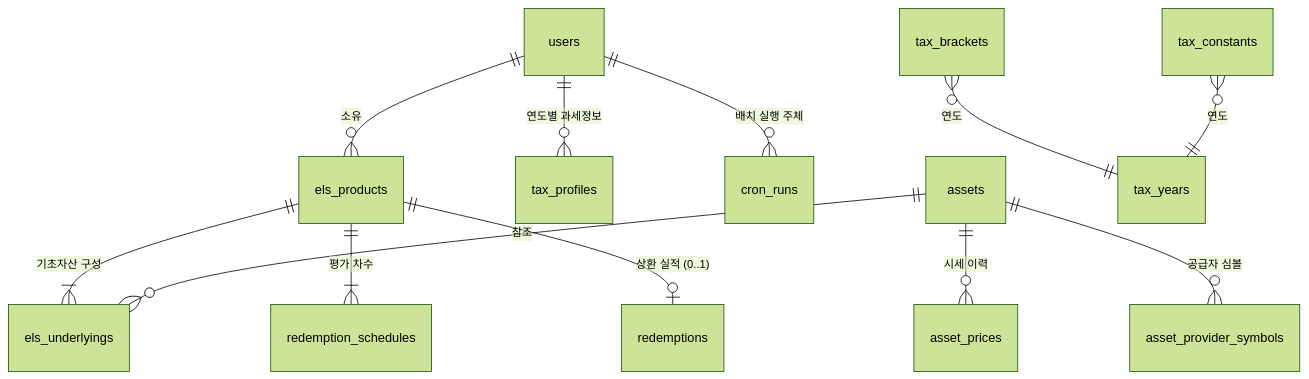
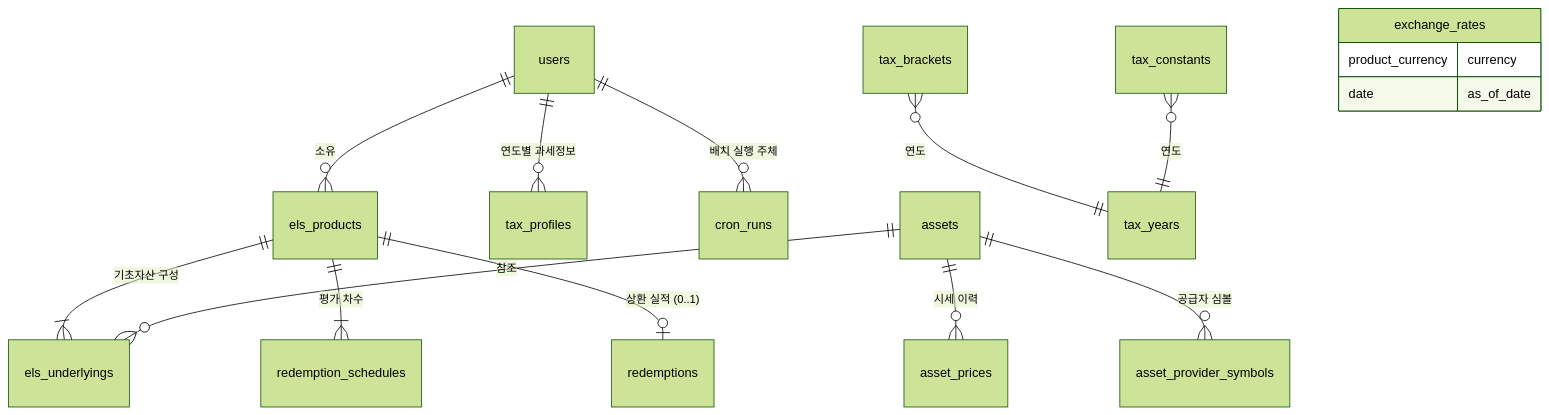
Before and after one commit to hellinii/els-manager: the diagram in docs/02_데이터_모델.md, drawn with Mermaid (forest theme). The commit also changed other lines of this file and 6 other files, not shown here.

````diff
--- a/docs/02_데이터_모델.md
+++ b/docs/02_데이터_모델.md
@@ -63,14 +65,19 @@
 ```mermaid
 erDiagram
     users ||--o{ els_products : "소유"
     users ||--o{ tax_profiles : "연도별 과세정보"
     users ||--o{ cron_runs : "배치 실행 주체"
     els_products ||--|{ els_underlyings : "기초자산 구성"
     els_products ||--|{ redemption_schedules : "평가 차수"
     els_products ||--o| redemptions : "상환 실적 (0..1)"
     assets ||--o{ els_underlyings : "참조"
     assets ||--o{ asset_prices : "시세 이력"
     assets ||--o{ asset_provider_symbols : "공급자 심볼"
     tax_brackets }o--|| tax_years : "연도"
     tax_constants }o--|| tax_years : "연도"
+    %% v1.10 명세 · 구현 P8 컷 a3 — 관계 없음(공용 관측, 소유자·FK 없음)
+    exchange_rates {
+        product_currency currency
+        date as_of_date
+    }
 ```
````
